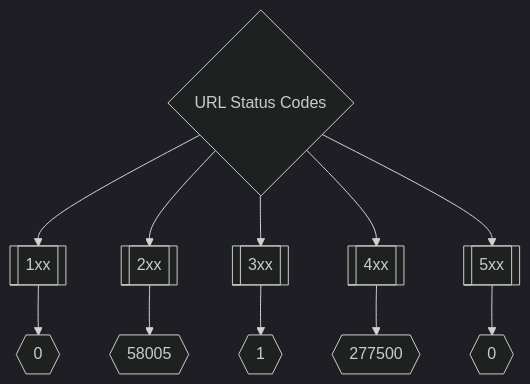
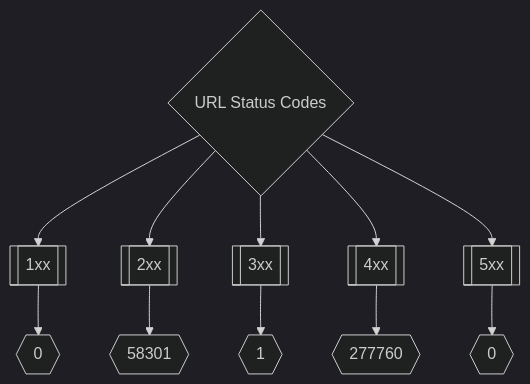
One commit to trickest/inventory changed the second of 3 diagrams in README.md. Above: the diagram before and after it, drawn with Mermaid (dark theme). The commit also changed other lines of this file and 118 other files, not shown here.

````diff
--- a/README.md
+++ b/README.md
@@ -173,8 +173,8 @@
 ```mermaid
 graph TD
 title{URL Status Codes} --> 1xx[[1xx]] --> status1xxNum{{0}}
-title --> 2xx[[2xx]] --> status2xxNum{{58005}}
+title --> 2xx[[2xx]] --> status2xxNum{{58301}}
 title --> 3xx[[3xx]] --> status3xxNum{{1}}
-title --> 4xx[[4xx]] --> status4xxNum{{277500}}
+title --> 4xx[[4xx]] --> status4xxNum{{277760}}
 title --> 5xx[[5xx]] --> status5xxNum{{0}}
 ```
````
